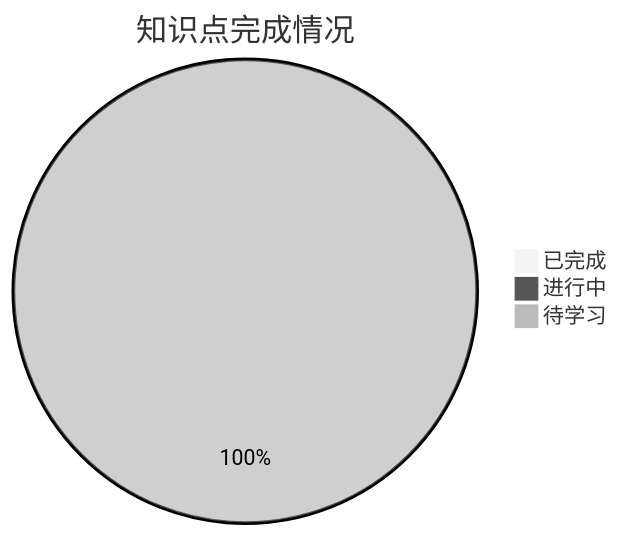
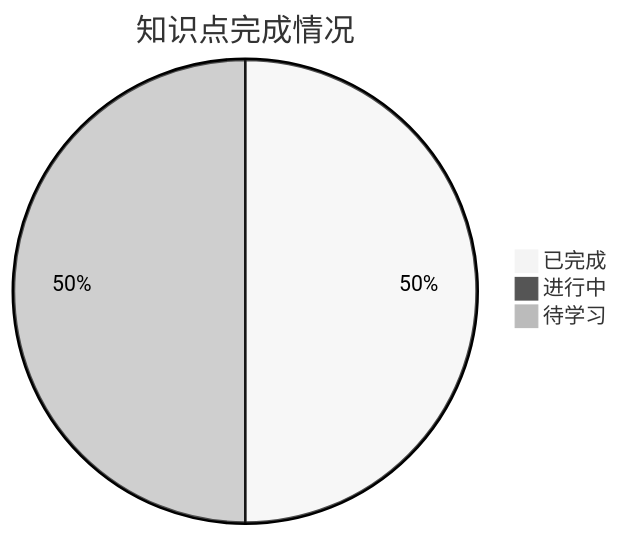
The diagram in 考研专业课/数字电子技术/1-数字与码制/📊 学习进度.md (Treasoni/kaoyan), drawn with Mermaid (neutral theme) before and after one commit. The commit also changed other lines of this file and 6 other files, not shown here.

````diff
--- a/考研专业课/数字电子技术/1-数字与码制/📊 学习进度.md
+++ b/考研专业课/数字电子技术/1-数字与码制/📊 学习进度.md
@@ -14,6 +14,6 @@
 ```mermaid
 pie title 知识点完成情况
-    "已完成" : 0
+    "已完成" : 2
     "进行中" : 0
-    "待学习" : 4
+    "待学习" : 2
 ```
````
